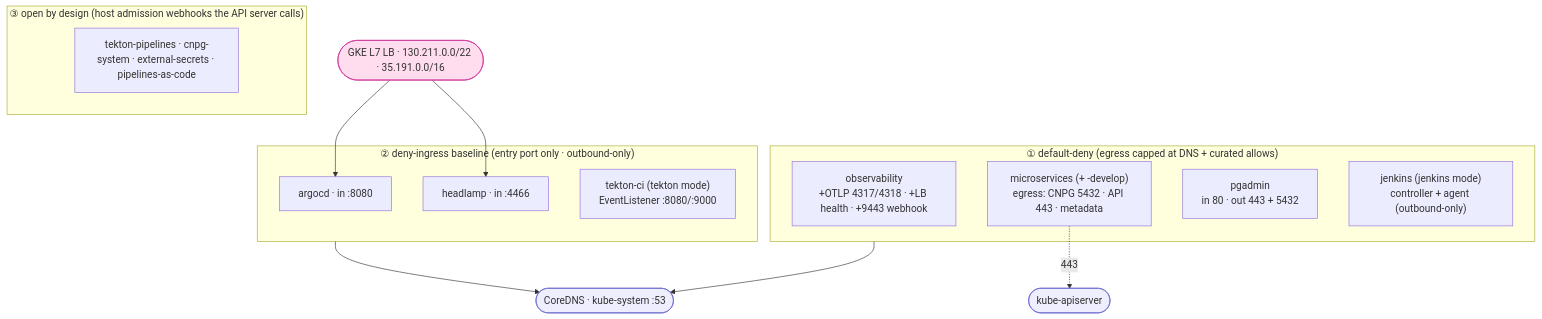
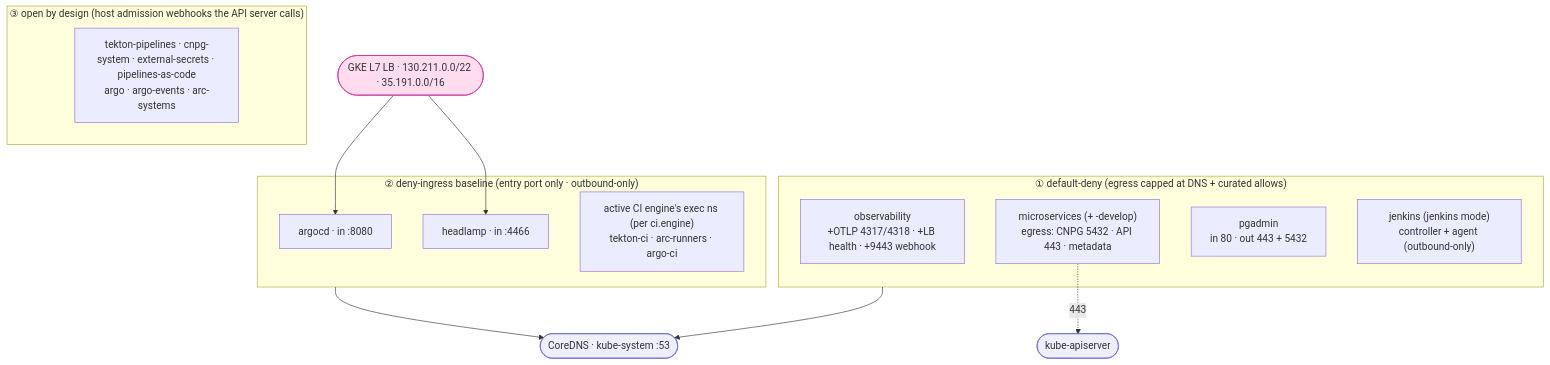
Before and after one commit to nubenetes/jenkins-2026: the seventh of 8 diagrams in docs/503-NETWORKING.md, drawn with Mermaid. The commit also changed other lines of this file and 28 other files, not shown here.

````diff
--- a/docs/503-NETWORKING.md
+++ b/docs/503-NETWORKING.md
@@ -289,28 +293,28 @@
 ```mermaid
 flowchart TB
   dns([CoreDNS · kube-system :53]):::i
   lb([GKE L7 LB · 130.211.0.0/22 · 35.191.0.0/16]):::ext
   api([kube-apiserver]):::i
 
   subgraph dd["① default-deny (egress capped at DNS + curated allows)"]
     obs["observability<br/>+OTLP 4317/4318 · +LB health · +9443 webhook"]
     msn["microservices (+ -develop)<br/>egress: CNPG 5432 · API 443 · metadata"]
     pga["pgadmin<br/>in 80 · out 443 + 5432"]
     jen["jenkins (jenkins mode)<br/>controller + agent (outbound-only)"]
   end
   subgraph db["② deny-ingress baseline (entry port only · outbound-only)"]
     arg["argocd · in :8080"]
     hl["headlamp · in :4466"]
-    tci["tekton-ci (tekton mode)<br/>EventListener :8080/:9000"]
+    ci["active CI engine's exec ns (per ci.engine)<br/>tekton-ci · arc-runners · argo-ci"]
   end
   subgraph op["③ open by design (host admission webhooks the API server calls)"]
-    sys["tekton-pipelines · cnpg-system · external-secrets · pipelines-as-code"]
+    sys["tekton-pipelines · cnpg-system · external-secrets · pipelines-as-code<br/>argo · argo-events · arc-systems"]
   end
 
   lb --> arg & hl
   dd --> dns
   db --> dns
   msn -. 443 .-> api
   classDef i fill:#eef,stroke:#66c;
   classDef ext fill:#fde,stroke:#c39;
 ```
````
